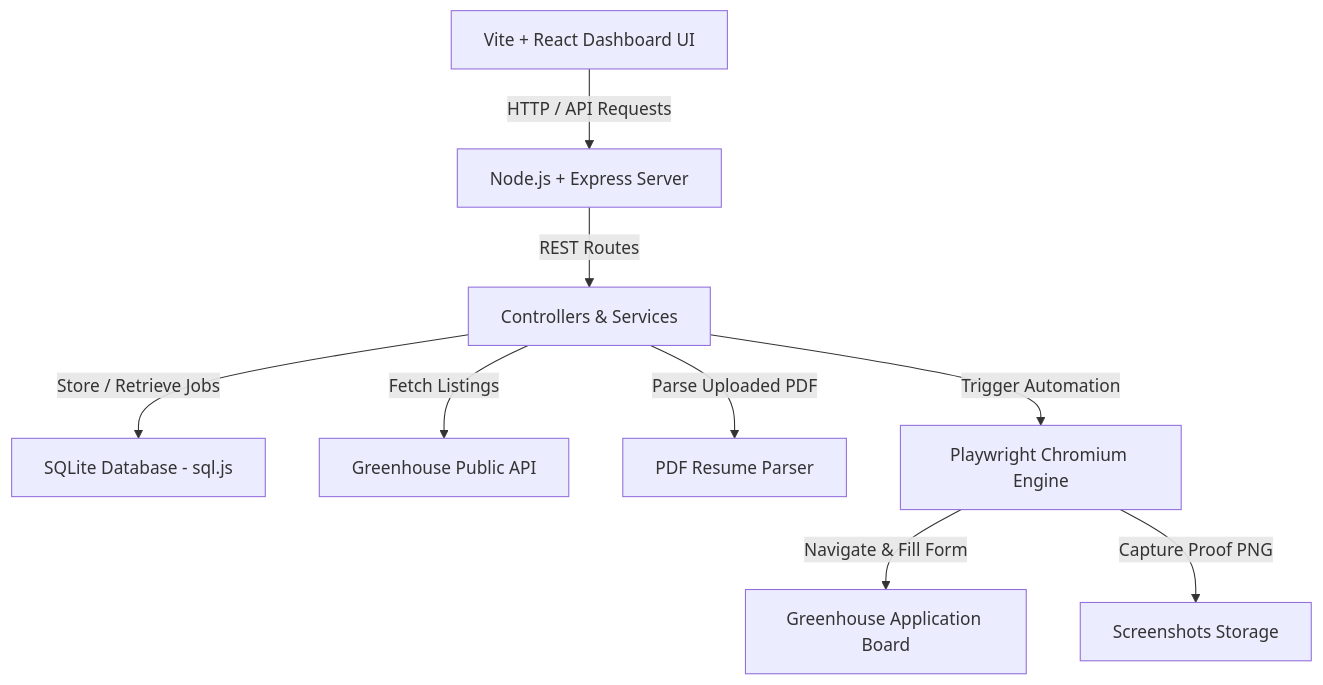
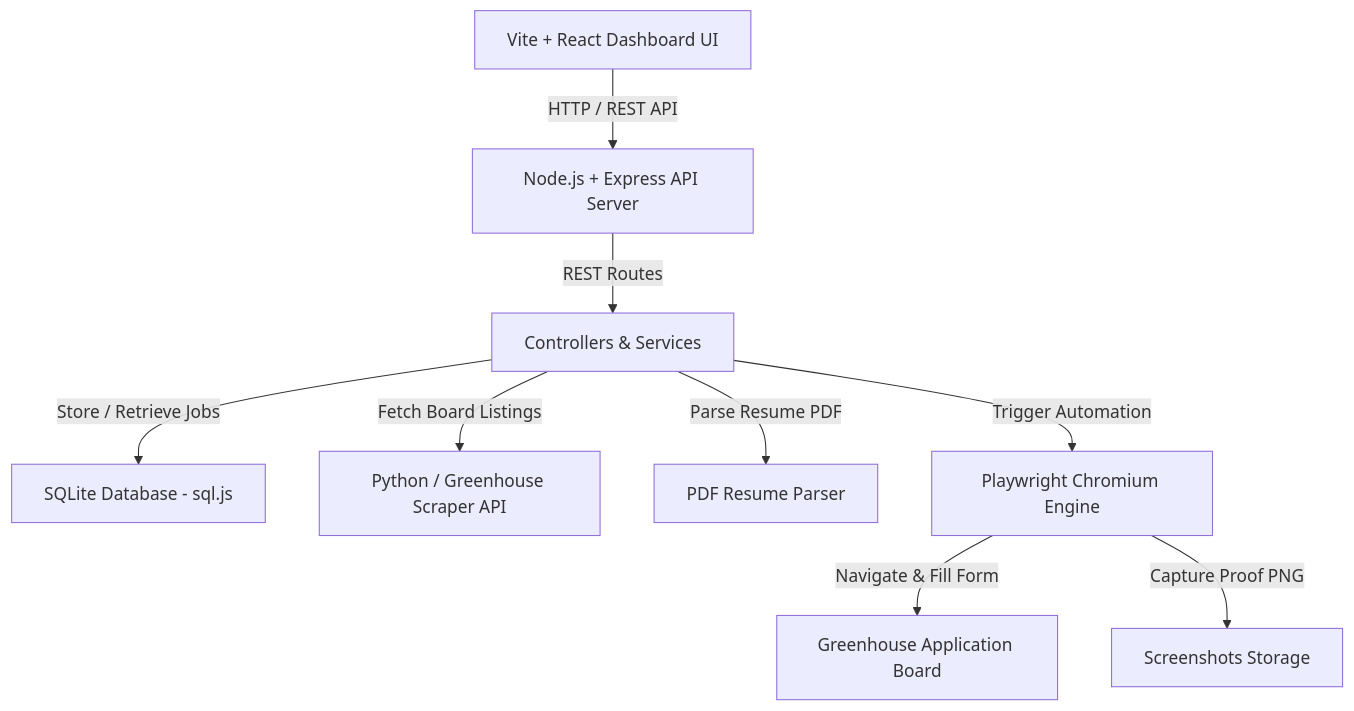
Before and after one commit to TOUSIF-prog060/job_scrappingand_applying_automation: the diagram in README.md, drawn with Mermaid. The commit also changed other lines of this file and 35 other files, not shown here.

````diff
--- a/README.md
+++ b/README.md
@@ -35,11 +44,11 @@
 ```mermaid
 graph TD
-    A[Vite + React Dashboard UI] -->|HTTP / API Requests| B[Node.js + Express Server]
+    A[Vite + React Dashboard UI] -->|HTTP / REST API| B[Node.js + Express API Server]
     B -->|REST Routes| C[Controllers & Services]
     C -->|Store / Retrieve Jobs| D[SQLite Database - sql.js]
-    C -->|Fetch Listings| E[Greenhouse Public API]
-    C -->|Parse Uploaded PDF| F[PDF Resume Parser]
+    C -->|Fetch Board Listings| E[Python / Greenhouse Scraper API]
+    C -->|Parse Resume PDF| F[PDF Resume Parser]
     C -->|Trigger Automation| G[Playwright Chromium Engine]
     G -->|Navigate & Fill Form| H[Greenhouse Application Board]
     G -->|Capture Proof PNG| I[Screenshots Storage]
 ```
````
